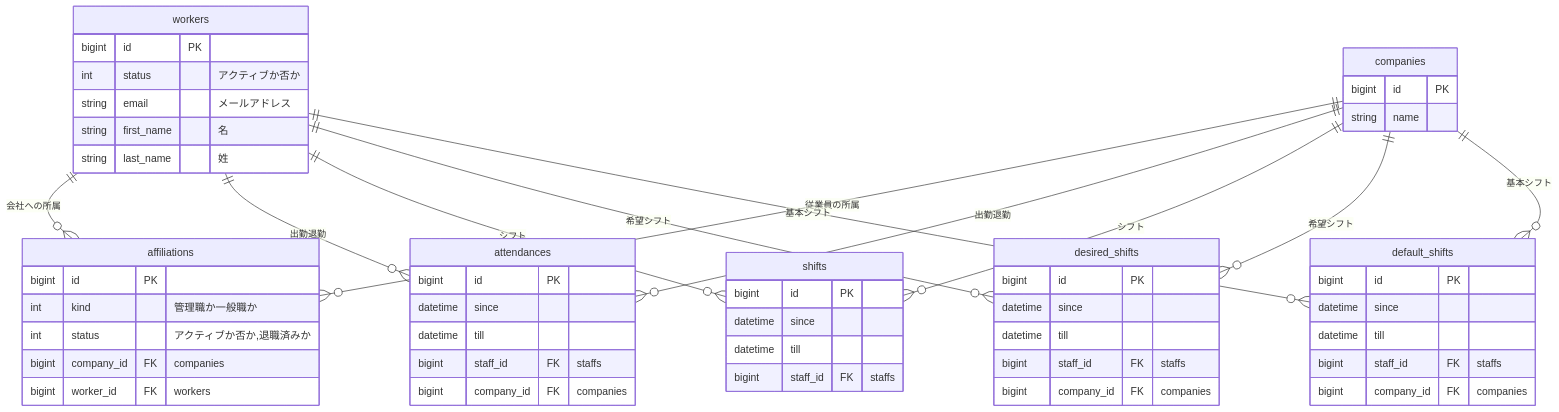
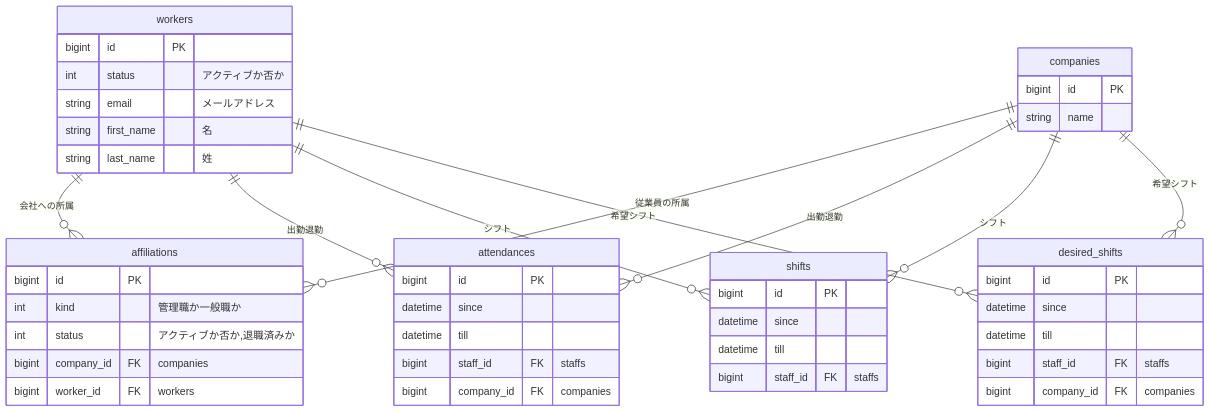
One commit to piny940/kintai changed the diagram in db/er.md. Above: the diagram before and after it, drawn with Mermaid.

Commit message:
タグ付けを削除

````diff
--- a/db/er.md
+++ b/db/er.md
@@ -1,61 +1,52 @@
 ```mermaid
 erDiagram
   companies ||--o{ affiliations : "従業員の所属"
   workers ||--o{ affiliations : "会社への所属"
   workers ||--o{ attendances : "出勤退勤"
   workers ||--o{ shifts : "シフト"
   workers ||--o{ desired_shifts : "希望シフト"
-  workers ||--o{ default_shifts : "基本シフト"
   companies ||--o{ attendances : "出勤退勤"
   companies ||--o{ shifts : "シフト"
   companies ||--o{ desired_shifts : "希望シフト"
-  companies ||--o{ default_shifts : "基本シフト"
 
   companies {
     bigint id PK
     string name
   }
   affiliations {
     bigint id PK
     int kind "管理職か一般職か"
     int status "アクティブか否か,退職済みか"
     bigint company_id FK "companies"
     bigint worker_id FK "workers"
   }
   workers {
     bigint id PK
     int status "アクティブか否か"
     string email "メールアドレス"
     string first_name "名"
     string last_name "姓"
   }
 
   attendances {
     bigint id PK
     datetime since
     datetime till
     bigint staff_id FK "staffs"
     bigint company_id FK "companies"
   }
 
   shifts {
     bigint id PK
     datetime since
     datetime till
     bigint staff_id FK "staffs"
   }
   desired_shifts {
     bigint id PK
     datetime since
     datetime till
     bigint staff_id FK "staffs"
     bigint company_id FK "companies"
   }
-  default_shifts {
-    bigint id PK
-    datetime since
-    datetime till
-    bigint staff_id FK "staffs"
-    bigint company_id FK "companies"
-  }
 ```
````
